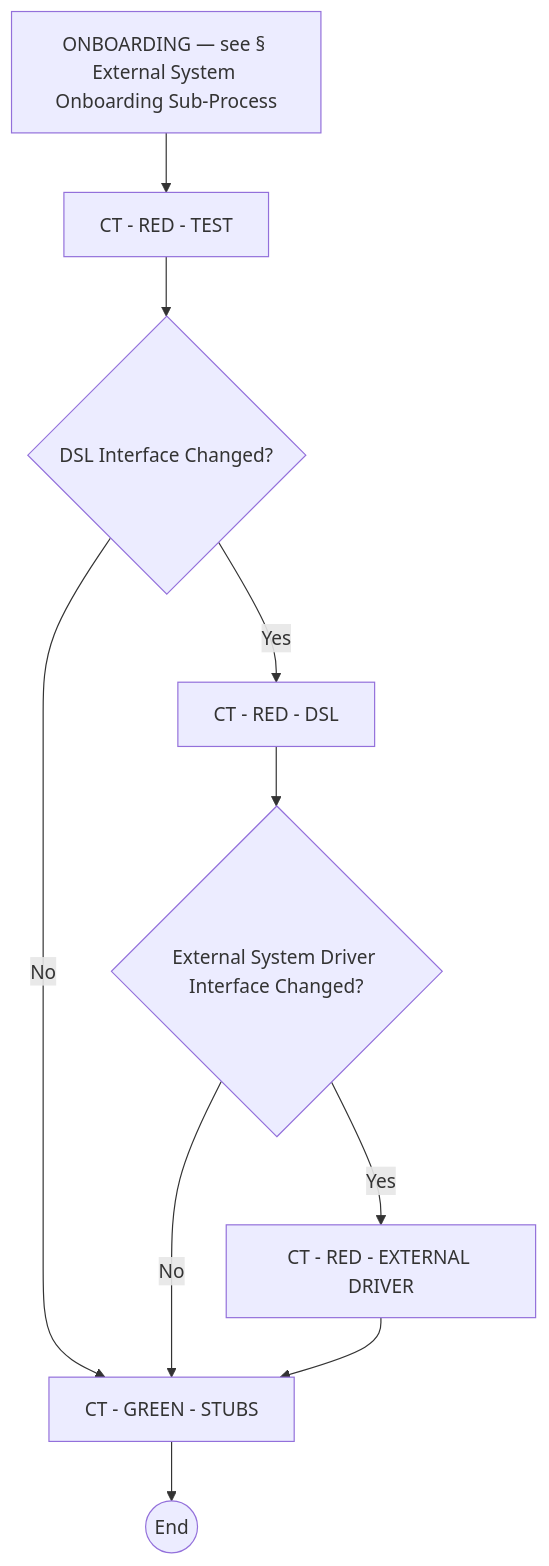
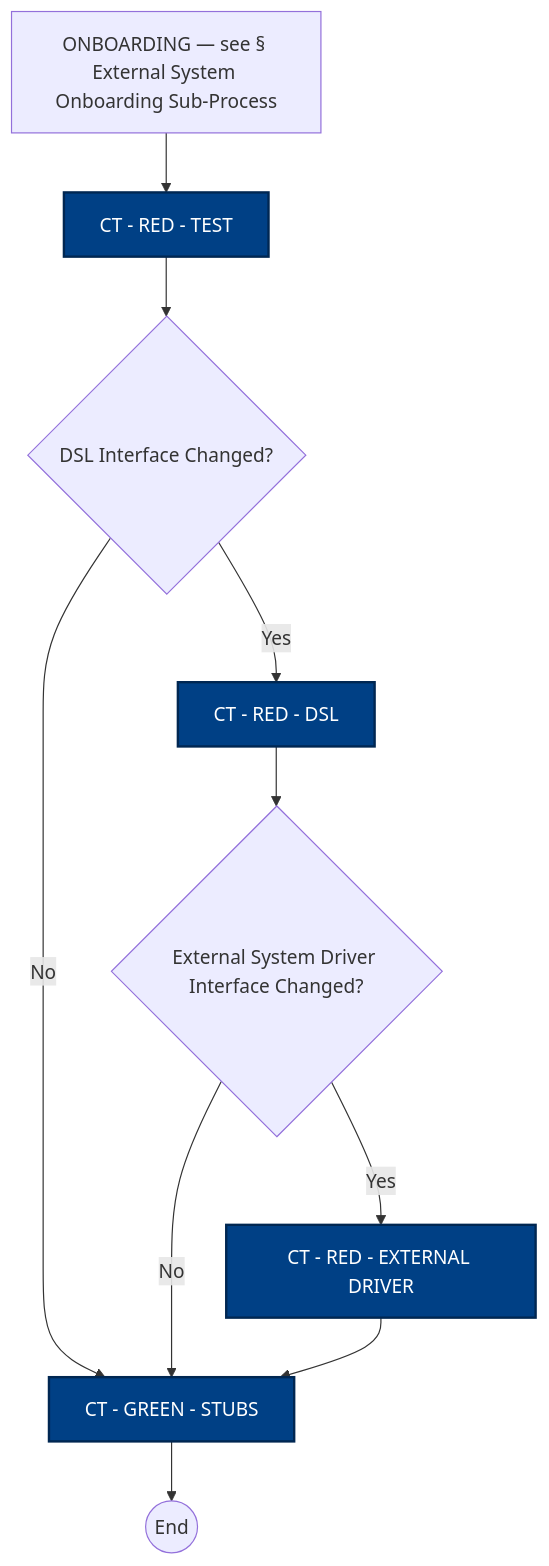
The seventh of 11 diagrams in docs/process-diagram.md (optivem/gh-optivem), drawn with Mermaid before and after one commit. The commit also changed other lines of this file and 23 other files, not shown here.

````diff
--- a/docs/process-diagram.md
+++ b/docs/process-diagram.md
@@ -160,21 +175,24 @@
 ```mermaid
 flowchart TD
     CT_END((End))
     CT_GREEN_STUBS[CT - GREEN - STUBS]
     CT_RED_DSL[CT - RED - DSL]
     CT_RED_EXTERNAL_DRIVER[CT - RED - EXTERNAL DRIVER]
     CT_RED_TEST[CT - RED - TEST]
     GATE_DSL_CT{DSL Interface Changed?}
     GATE_EXT_CT{External System Driver Interface Changed?}
     ONBOARDING[ONBOARDING — see § External System Onboarding Sub-Process]
 
     ONBOARDING --> CT_RED_TEST
     CT_RED_TEST --> GATE_DSL_CT
     GATE_DSL_CT -- No --> CT_GREEN_STUBS
     GATE_DSL_CT -- Yes --> CT_RED_DSL
     CT_RED_DSL --> GATE_EXT_CT
     GATE_EXT_CT -- No --> CT_GREEN_STUBS
     GATE_EXT_CT -- Yes --> CT_RED_EXTERNAL_DRIVER
     CT_RED_EXTERNAL_DRIVER --> CT_GREEN_STUBS
     CT_GREEN_STUBS --> CT_END
+
+    classDef agentNode fill:#004085,stroke:#002752,stroke-width:2px,color:#ffffff
+    class CT_GREEN_STUBS,CT_RED_DSL,CT_RED_EXTERNAL_DRIVER,CT_RED_TEST agentNode
 ```
````
